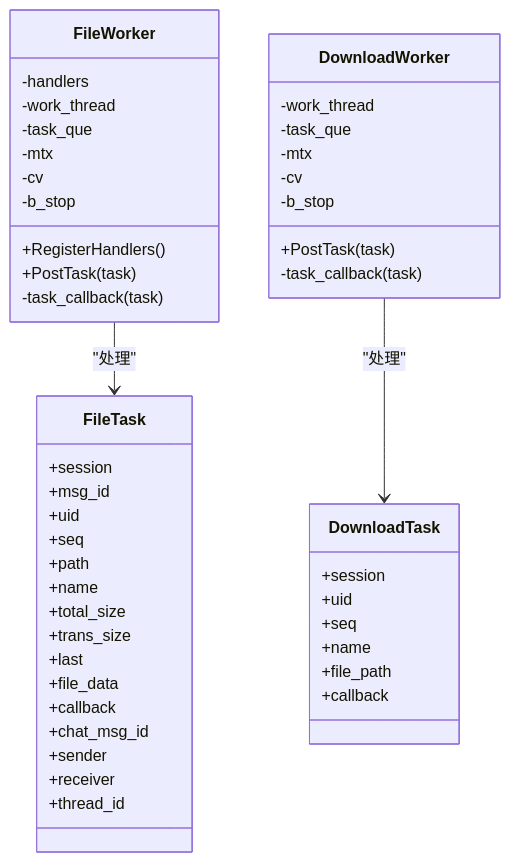
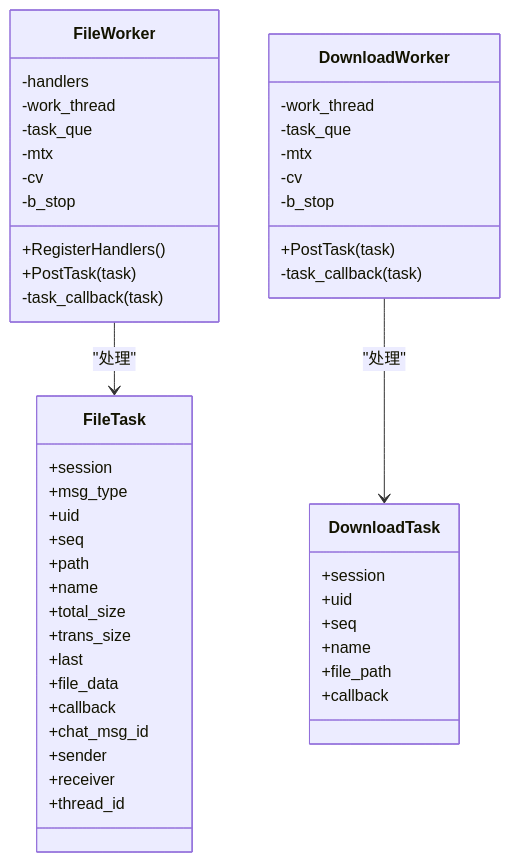
One commit to echo9923/mychatter changed the seventh of 8 diagrams in .qoder/repowiki/zh/content/网络通信/HTTP API接口/HTTP API接口.md. Above: the diagram before and after it, drawn with Mermaid. The commit also changed 128 other files, not shown here.

First line of the commit message:
refactor(protocol): TCP 帧头消息类型 msg_id 全局改名为 msg_type

````diff
--- a/.qoder/repowiki/zh/content/网络通信/HTTP API接口/HTTP API接口.md
+++ b/.qoder/repowiki/zh/content/网络通信/HTTP API接口/HTTP API接口.md
@@ -301,50 +301,50 @@
 ```mermaid
 classDiagram
 class FileTask {
 +session
-+msg_id
++msg_type
 +uid
 +seq
 +path
 +name
 +total_size
 +trans_size
 +last
 +file_data
 +callback
 +chat_msg_id
 +sender
 +receiver
 +thread_id
 }
 class DownloadTask {
 +session
 +uid
 +seq
 +name
 +file_path
 +callback
 }
 class FileWorker {
 +RegisterHandlers()
 +PostTask(task)
 -task_callback(task)
 -handlers
 -work_thread
 -task_que
 -mtx
 -cv
 -b_stop
 }
 class DownloadWorker {
 +PostTask(task)
 -task_callback(task)
 -work_thread
 -task_que
 -mtx
 -cv
 -b_stop
 }
 FileWorker --> FileTask : "处理"
 DownloadWorker --> DownloadTask : "处理"
 ```
````
